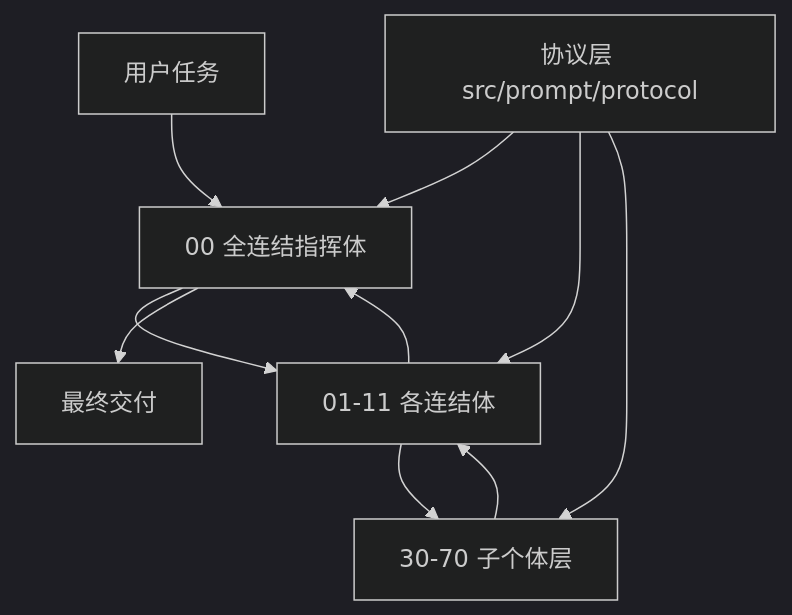
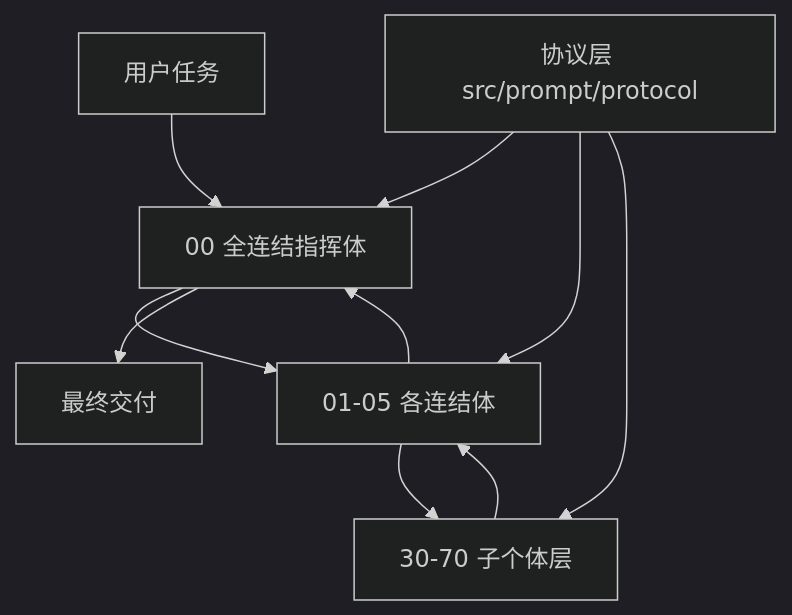
The diagram in README.md (KurohaneKaoruko/ExMachina-Agents), drawn with Mermaid (dark theme) before and after one commit. The commit also changed other lines of this file and 339 other files, not shown here.

````diff
--- a/README.md
+++ b/README.md
@@ -78,14 +78,14 @@
 ```mermaid
 flowchart TD
     U["用户任务"] --> C["00 全连结指挥体"]
-    C --> G["01-11 各连结体"]
+    C --> G["01-05 各连结体"]
     G --> A["30-70 子个体层"]
     A --> G
     G --> C
     C --> O["最终交付"]
 
     P["协议层 src/prompt/protocol"]
     P --> C
     P --> G
     P --> A
 ```
````
